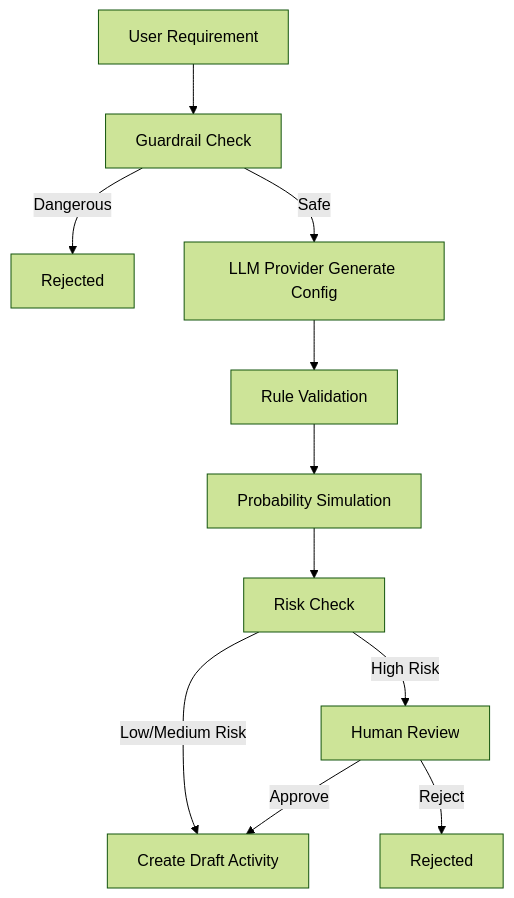
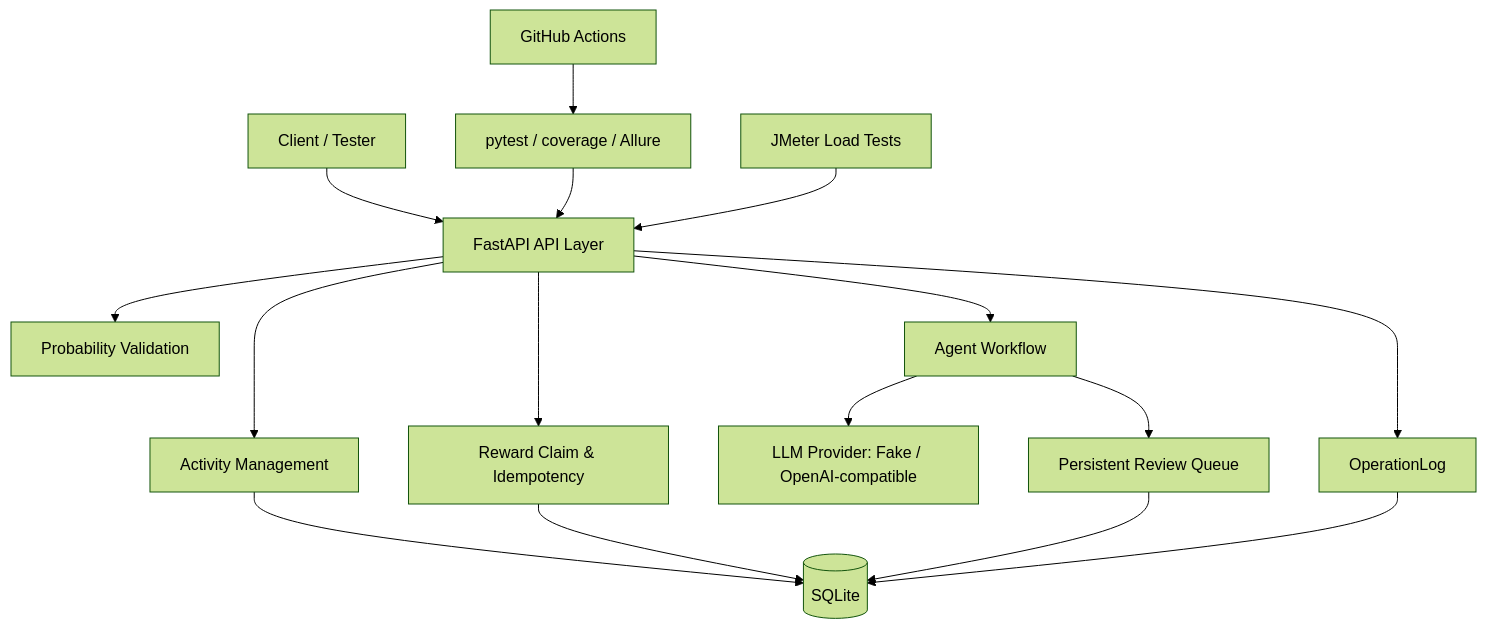
The diagram in README.md (Csy0799/gameops-agent-test-platform), drawn with Mermaid (forest theme) before and after one commit. The commit also changed other lines of this file and 31 other files, not shown here.

````diff
--- a/README.md
+++ b/README.md
@@ -339,13 +25,18 @@
 ```mermaid
 flowchart TD
-    A[User Requirement] --> B[Guardrail Check]
-    B -->|Dangerous| R[Rejected]
-    B -->|Safe| C[LLM Provider Generate Config]
-    C --> D[Rule Validation]
-    D --> E[Probability Simulation]
-    E --> F[Risk Check]
-    F -->|Low/Medium Risk| G[Create Draft Activity]
-    F -->|High Risk| H[Human Review]
-    H -->|Approve| G
-    H -->|Reject| I[Rejected]
+    Client[Client / Tester] --> API[FastAPI API Layer]
+    API --> Activity[Activity Management]
+    API --> Reward[Reward Claim & Idempotency]
+    API --> Probability[Probability Validation]
+    API --> Agent[Agent Workflow]
+    Agent --> Provider[LLM Provider: Fake / OpenAI-compatible]
+    Agent --> Review[Persistent Review Queue]
+    API --> Logs[OperationLog]
+    Activity --> DB[(SQLite)]
+    Reward --> DB
+    Review --> DB
+    Logs --> DB
+    Pytest[pytest / coverage / Allure] --> API
+    JMeter[JMeter Load Tests] --> API
+    CI[GitHub Actions] --> Pytest
 ```
````
